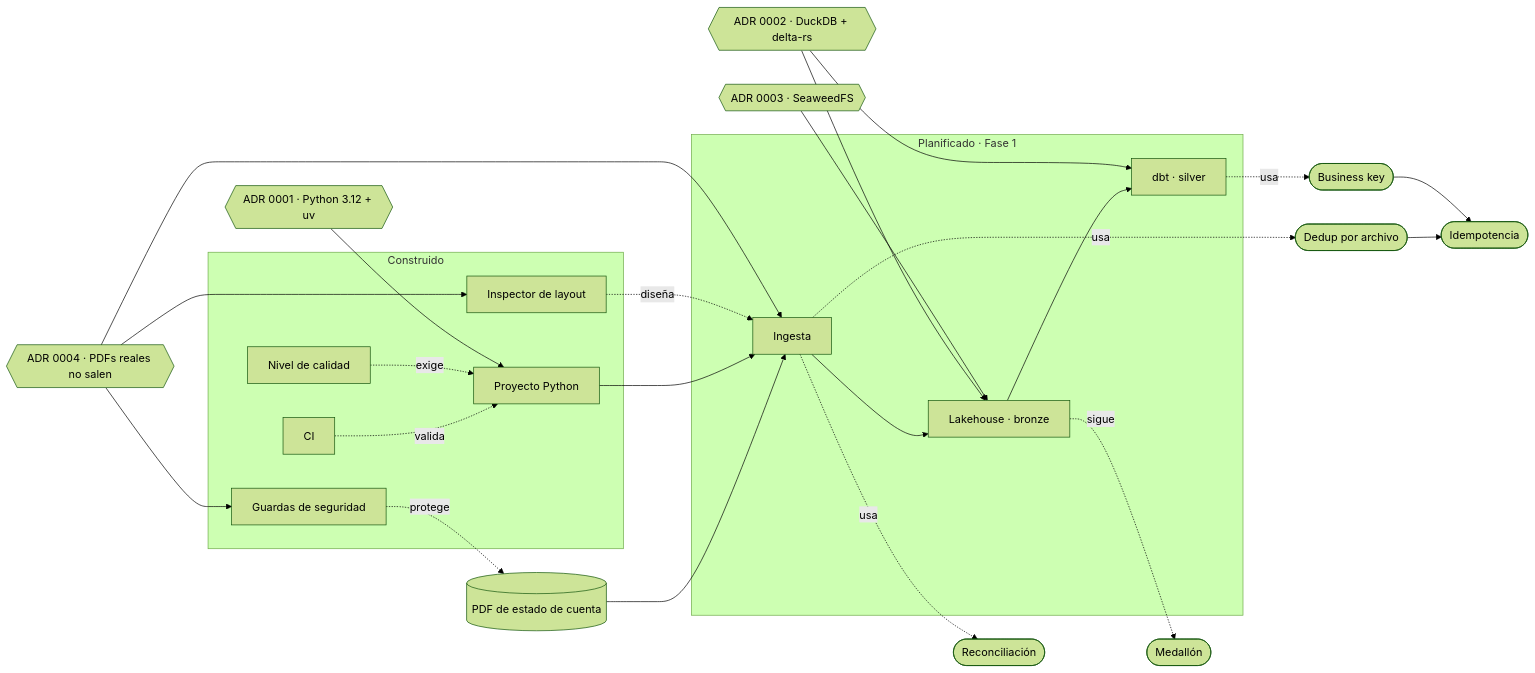
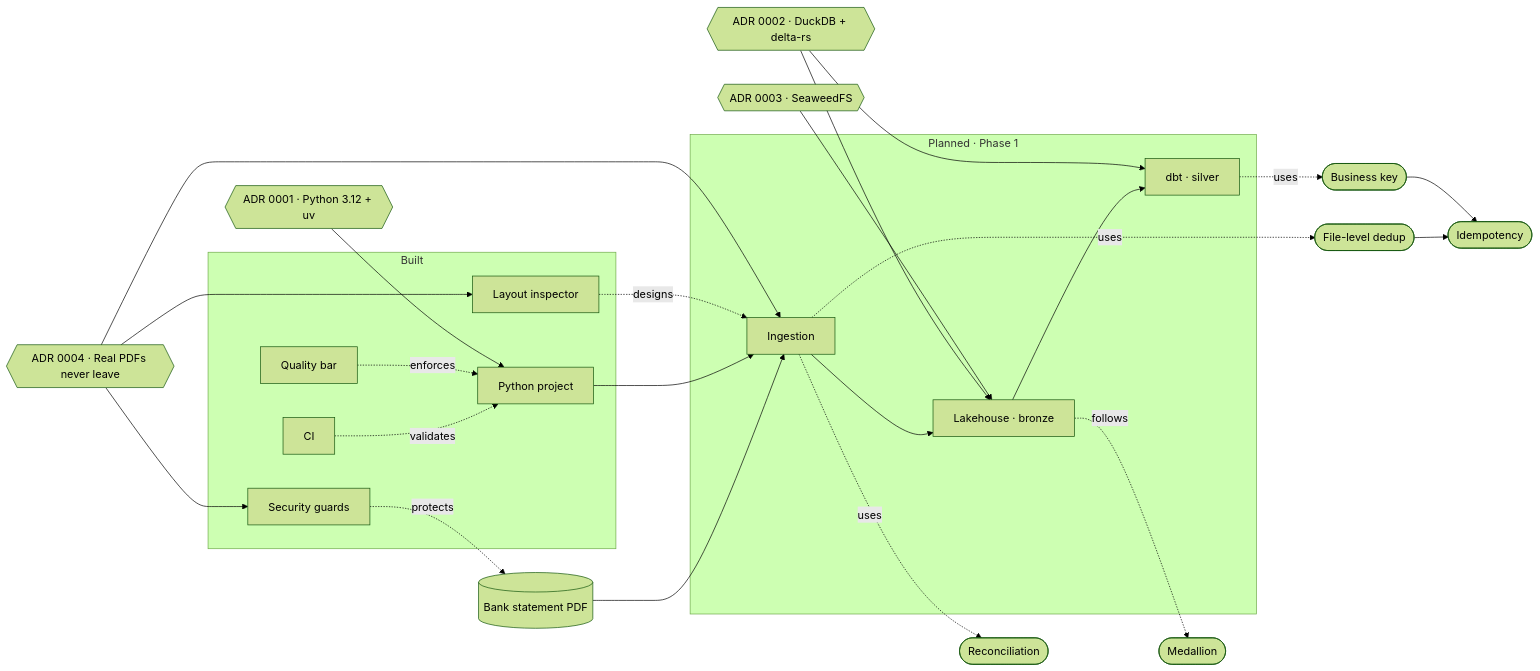
One commit to PieroRios2000/personal-finance-platform changed the diagram in brain/README.md. Above: the diagram before and after it, drawn with Mermaid (forest theme). The commit also changed other lines of this file and 38 other files, not shown here.

````diff
--- a/brain/README.md
+++ b/brain/README.md
@@ -12,40 +12,40 @@
 ```mermaid
 flowchart LR
-    PDF[("PDF de estado de cuenta")]
+    PDF[("Bank statement PDF")]
 
-    subgraph construido["Construido"]
-        GS["Guardas de seguridad"]
-        PY["Proyecto Python"]
+    subgraph built["Built"]
+        GS["Security guards"]
+        PY["Python project"]
         CI["CI"]
-        INS["Inspector de layout"]
-        CAL["Nivel de calidad"]
+        INS["Layout inspector"]
+        CAL["Quality bar"]
     end
 
-    subgraph planificado["Planificado · Fase 1"]
-        ING["Ingesta"]
+    subgraph planned["Planned · Phase 1"]
+        ING["Ingestion"]
         LAKE["Lakehouse · bronze"]
         DBT["dbt · silver"]
     end
 
     PDF --> ING --> LAKE --> DBT
     PY --> ING
-    CI -. valida .-> PY
-    GS -. protege .-> PDF
-    INS -. diseña .-> ING
-    CAL -. exige .-> PY
+    CI -. validates .-> PY
+    GS -. protects .-> PDF
+    INS -. designs .-> ING
+    CAL -. enforces .-> PY
 
-    ING -. usa .-> REC(["Reconciliación"])
-    ING -. usa .-> DED(["Dedup por archivo"])
-    LAKE -. sigue .-> MED(["Medallón"])
-    DBT -. usa .-> BK(["Business key"])
-    DED --> IDE(["Idempotencia"])
+    ING -. uses .-> REC(["Reconciliation"])
+    ING -. uses .-> DED(["File-level dedup"])
+    LAKE -. follows .-> MED(["Medallion"])
+    DBT -. uses .-> BK(["Business key"])
+    DED --> IDE(["Idempotency"])
     BK --> IDE
 
     A1{{"ADR 0001 · Python 3.12 + uv"}} --> PY
     A2{{"ADR 0002 · DuckDB + delta-rs"}} --> LAKE
     A2 --> DBT
     A3{{"ADR 0003 · SeaweedFS"}} --> LAKE
-    A4{{"ADR 0004 · PDFs reales no salen"}} --> GS
+    A4{{"ADR 0004 · Real PDFs never leave"}} --> GS
     A4 --> ING
     A4 --> INS
 ```
````
